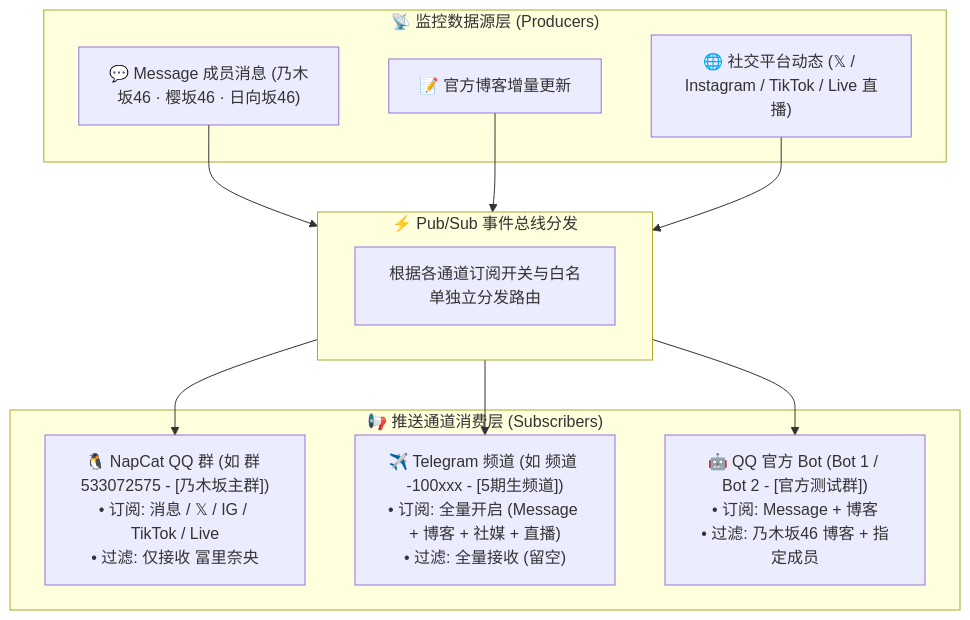
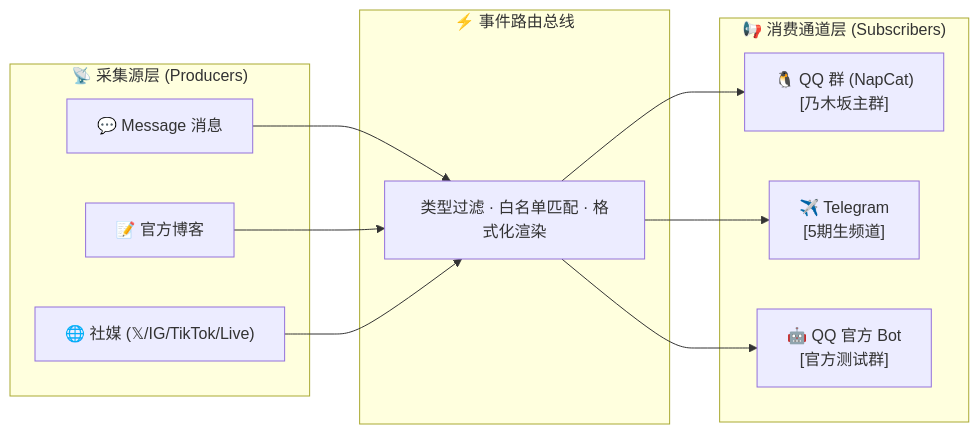
One commit to TomisatoNao/nogizaka-message-push changed the second of 2 diagrams in README.md. Above: the diagram before and after it, drawn with Mermaid. The commit also changed other lines of this file and 21 other files, not shown here.

````diff
--- a/README.md
+++ b/README.md
@@ -368,21 +218,21 @@
 ```mermaid
-flowchart TD
-    subgraph P["📡 监控数据源层 (Producers)"]
-        M1["💬 Message 成员消息 (乃木坂46 · 樱坂46 · 日向坂46)"]
-        M2["📝 官方博客增量更新"]
-        M3["🌐 社交平台动态 (𝕏 / Instagram / TikTok / Live 直播)"]
+flowchart LR
+    subgraph Data["📡 采集源层 (Producers)"]
+        M1["💬 Message 消息"]
+        M2["📝 官方博客"]
+        M3["🌐 社媒 (𝕏/IG/TikTok/Live)"]
     end
 
-    subgraph Bus["⚡ Pub/Sub 事件总线分发"]
-        E["根据各通道订阅开关与白名单独立分发路由"]
+    subgraph Hub["⚡ 事件路由总线"]
+        HUB["类型过滤 · 白名单匹配 · 格式化渲染"]
     end
 
-    subgraph S["📢 推送通道消费层 (Subscribers)"]
-        C1["🐧 NapCat QQ 群 (如 群 533072575 - [乃木坂主群])<br/>• 订阅: 消息 / 𝕏 / IG / TikTok / Live<br/>• 过滤: 仅接收 冨里奈央"]
-        C2["✈️ Telegram 频道 (如 频道 -100xxx - [5期生频道])<br/>• 订阅: 全量开启 (Message + 博客 + 社媒 + 直播)<br/>• 过滤: 全量接收 (留空)"]
-        C3["🤖 QQ 官方 Bot (Bot 1 / Bot 2 - [官方测试群])<br/>• 订阅: Message + 博客<br/>• 过滤: 乃木坂46 博客 + 指定成员"]
+    subgraph Targets["📢 消费通道层 (Subscribers)"]
+        T1["🐧 QQ 群 (NapCat)<br/>[乃木坂主群]"]
+        T2["✈️ Telegram<br/>[5期生频道]"]
+        T3["🤖 QQ 官方 Bot<br/>[官方测试群]"]
     end
 
-    M1 & M2 & M3 --> Bus
-    Bus --> C1 & C2 & C3
+    M1 & M2 & M3 --> HUB
+    HUB --> T1 & T2 & T3
 ```
````
